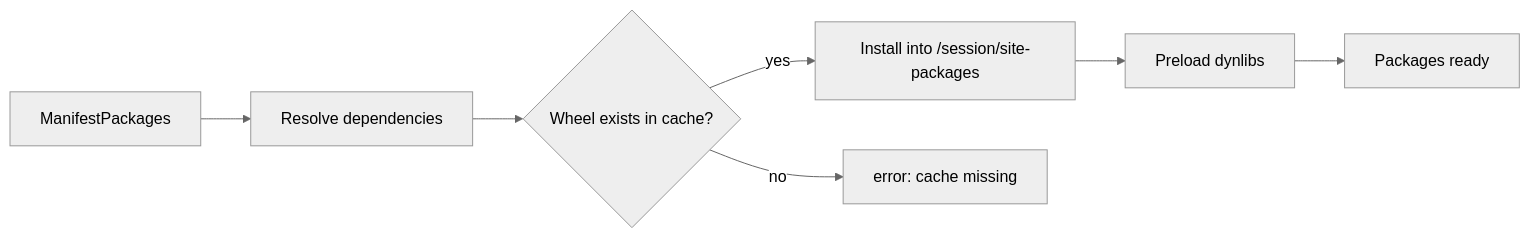
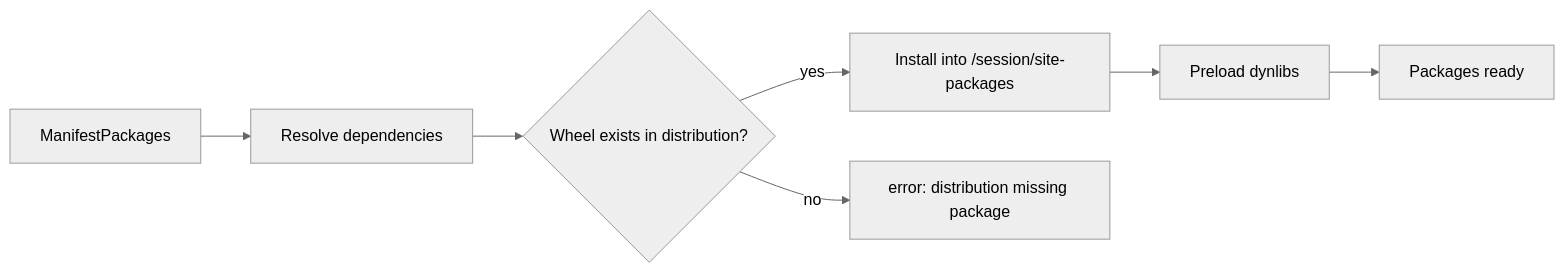
One commit to appunite/aardvark changed the second of 3 diagrams in docs/architecture/packages-and-snapshots.md. Above: the diagram before and after it, drawn with Mermaid (neutral theme). The commit also changed other lines of this file and 26 other files, not shown here.

````diff
--- a/docs/architecture/packages-and-snapshots.md
+++ b/docs/architecture/packages-and-snapshots.md
@@ -27,9 +27,9 @@
 ```mermaid
 flowchart LR
     ManifestPackages --> Resolver[Resolve dependencies]
-    Resolver --> Cache{Wheel exists in cache?}
-    Cache -- yes --> Install[Install into /session/site-packages]
-    Cache -- no --> FailFast[error: cache missing]
+    Resolver --> Distribution{Wheel exists in distribution?}
+    Distribution -- yes --> Install[Install into /session/site-packages]
+    Distribution -- no --> FailFast[error: distribution missing package]
     Install --> Dynlib[Preload dynlibs]
     Dynlib --> Ready[Packages ready]
 ```
````
